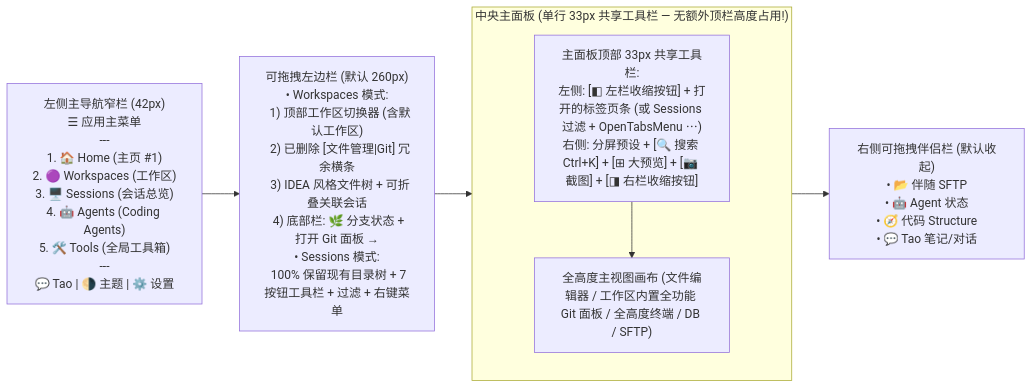
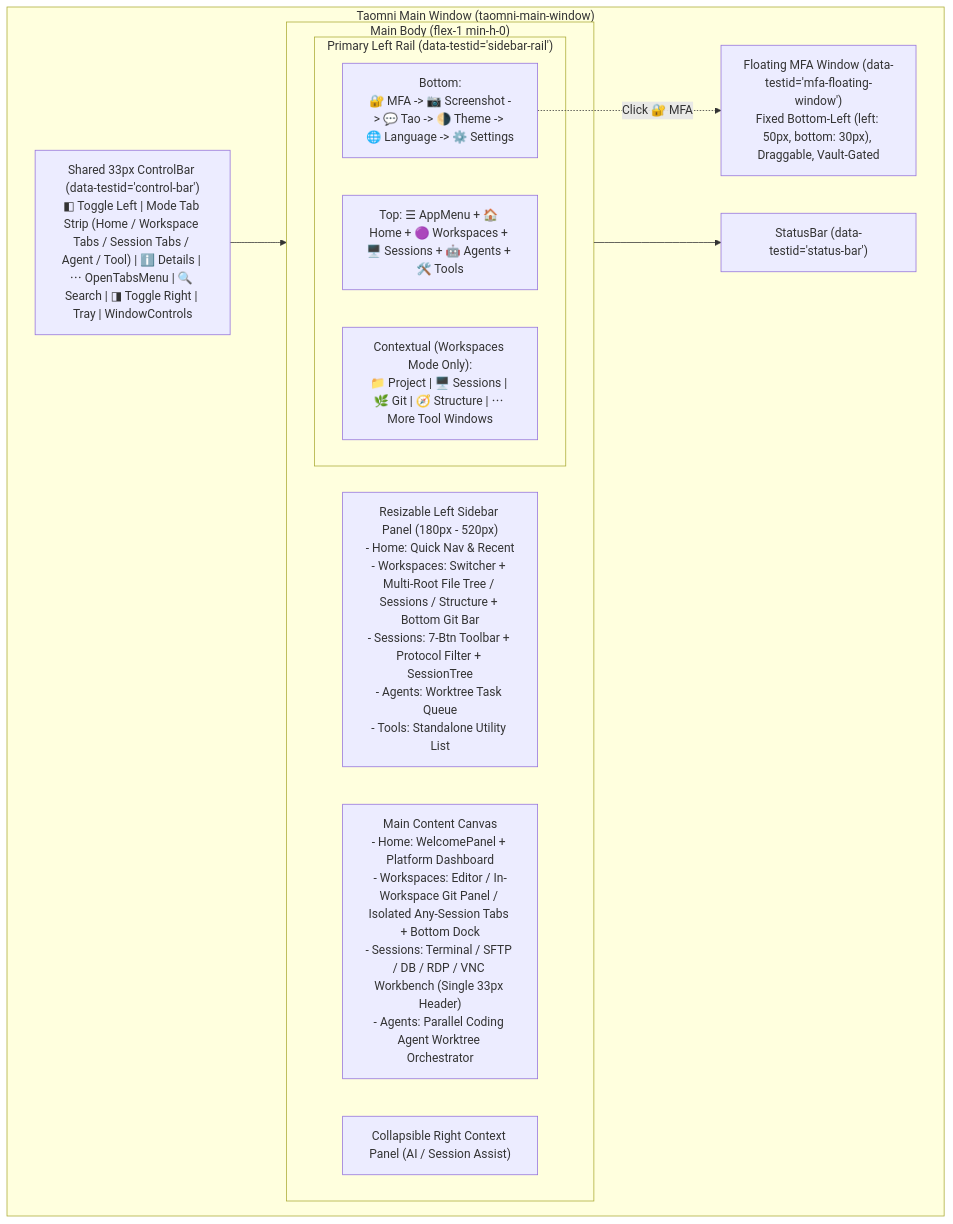
The first of 2 diagrams in docs-feature/workspace-platform-redesign-design.md (engcapa/taomni), drawn with Mermaid before and after one commit. The commit also changed other lines of this file and 13 other files, not shown here.

````diff
--- a/docs-feature/workspace-platform-redesign-design.md
+++ b/docs-feature/workspace-platform-redesign-design.md
@@ -63,16 +124,21 @@
 ```mermaid
-flowchart LR
-  Rail["左侧主导航窄栏 (42px)\n☰ 应用主菜单\n---\n1. 🏠 Home (主页 #1)\n2. 🟣 Workspaces (工作区)\n3. 🖥️ Sessions (会话总览)\n4. 🤖 Agents (Coding Agents)\n5. 🛠️ Tools (全局工具箱)\n---\n💬 Tao | 🌗 主题 | ⚙️ 设置"]
-  
-  LeftNav["可拖拽左边栏 (默认 260px)\n• Workspaces 模式:\n  1) 顶部工作区切换器 (含默认工作区)\n  2) 已删除 [文件管理|Git] 冗余横条\n  3) IDEA 风格文件树 + 可折叠关联会话\n  4) 底部栏: 🌿 分支状态 + 打开 Git 面板 →\n• Sessions 模式:\n  100% 保留现有目录树 + 7 按钮工具栏 + 过滤 + 右键菜单"]
-  
-  subgraph Center["中央主面板 (单行 33px 共享工具栏 — 无额外顶栏高度占用!)"]
-    SharedBar["主面板顶部 33px 共享工具栏:\n左侧: [◧ 左栏收缩按钮] + 打开的标签页条 (或 Sessions 过滤 + OpenTabsMenu ⋯)\n右侧: 分屏预设 + [🔍 搜索 Ctrl+K] + [⊞ 大预览] + [📷 截图] + [◨ 右栏收缩按钮]"]
-    Viewport["全高度主视图画布 (文件编辑器 / 工作区内置全功能 Git 面板 / 全高度终端 / DB / SFTP)"]
-    SharedBar --> Viewport
+flowchart TD
+  subgraph MainWindow["Taomni Main Window (taomni-main-window)"]
+    CB["Shared 33px ControlBar (data-testid='control-bar')\n◧ Toggle Left | Mode Tab Strip (Home / Workspace Tabs / Session Tabs / Agent / Tool) | ℹ️ Details | ⋯ OpenTabsMenu | 🔍 Search | ◨ Toggle Right | Tray | WindowControls"]
+    subgraph Body["Main Body (flex-1 min-h-0)"]
+      subgraph LeftRail["Primary Left Rail (data-testid='sidebar-rail')"]
+        RailTop["Top: ☰ AppMenu + 🏠 Home + 🟣 Workspaces + 🖥️ Sessions + 🤖 Agents + 🛠️ Tools"]
+        RailCtx["Contextual (Workspaces Mode Only):\n📁 Project | 🖥️ Sessions | 🌿 Git | 🧭 Structure | ⋯ More Tool Windows"]
+        RailBot["Bottom:\n🔐 MFA -> 📷 Screenshot -> 💬 Tao -> 🌗 Theme -> 🌐 Language -> ⚙️ Settings"]
+      end
+      LeftSidebar["Resizable Left Sidebar Panel (180px - 520px)\n- Home: Quick Nav & Recent\n- Workspaces: Switcher + Multi-Root File Tree / Sessions / Structure + Bottom Git Bar\n- Sessions: 7-Btn Toolbar + Protocol Filter + SessionTree\n- Agents: Worktree Task Queue\n- Tools: Standalone Utility List"]
+      MainCanvas["Main Content Canvas\n- Home: WelcomePanel + Platform Dashboard\n- Workspaces: Editor / In-Workspace Git Panel / Isolated Any-Session Tabs + Bottom Dock\n- Sessions: Terminal / SFTP / DB / RDP / VNC Workbench (Single 33px Header)\n- Agents: Parallel Coding Agent Worktree Orchestrator"]
+      RightSidebar["Collapsible Right Context Panel (AI / Session Assist)"]
+    end
+    MFAFloat["Floating MFA Window (data-testid='mfa-floating-window')\nFixed Bottom-Left (left: 50px, bottom: 30px), Draggable, Vault-Gated"]
+    SB["StatusBar (data-testid='status-bar')"]
   end
-  
-  RightDock["右侧可拖拽伴侣栏 (默认收起)\n• 📂 伴随 SFTP\n• 🤖 Agent 状态\n• 🧭 代码 Structure\n• 💬 Tao 笔记/对话"]
-
-  Rail --> LeftNav --> Center --> RightDock
+  CB --> Body
+  Body --> SB
+  RailBot -.->|"Click 🔐 MFA"| MFAFloat
 ```
````
